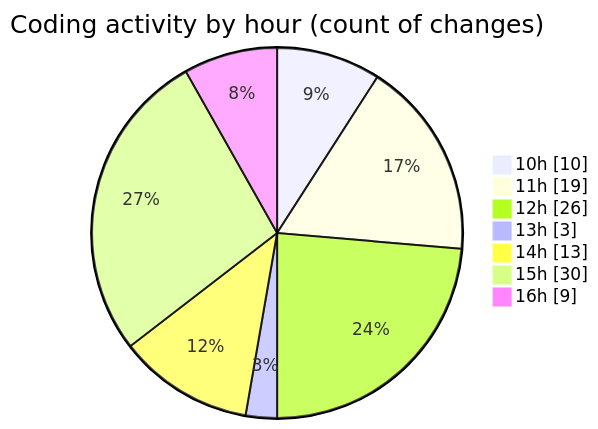
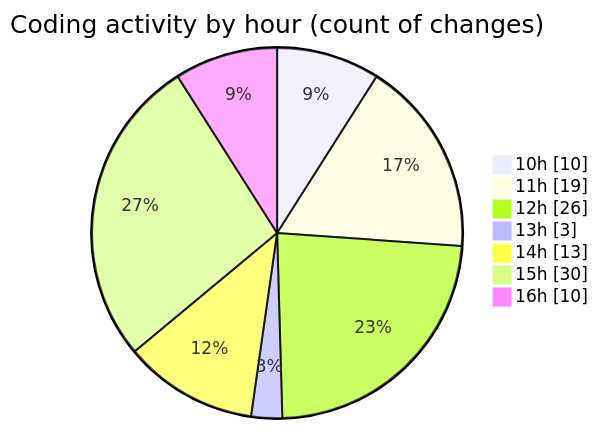
Before and after one commit to nxtqubesakshisongat/code-tracking: the second of 2 diagrams in 2025-07-21/nxtqube_webapp/README.md, drawn with Mermaid. The commit also changed other lines of this file and 1 other file, not shown here.

````diff
--- a/2025-07-21/nxtqube_webapp/README.md
+++ b/2025-07-21/nxtqube_webapp/README.md
@@ -37,11 +37,11 @@
 ```mermaid
 pie showData
 title Coding activity by hour (count of changes)
 "10h" : 10
 "11h" : 19
 "12h" : 26
 "13h" : 3
 "14h" : 13
 "15h" : 30
-"16h" : 9
+"16h" : 10
 ```
````
